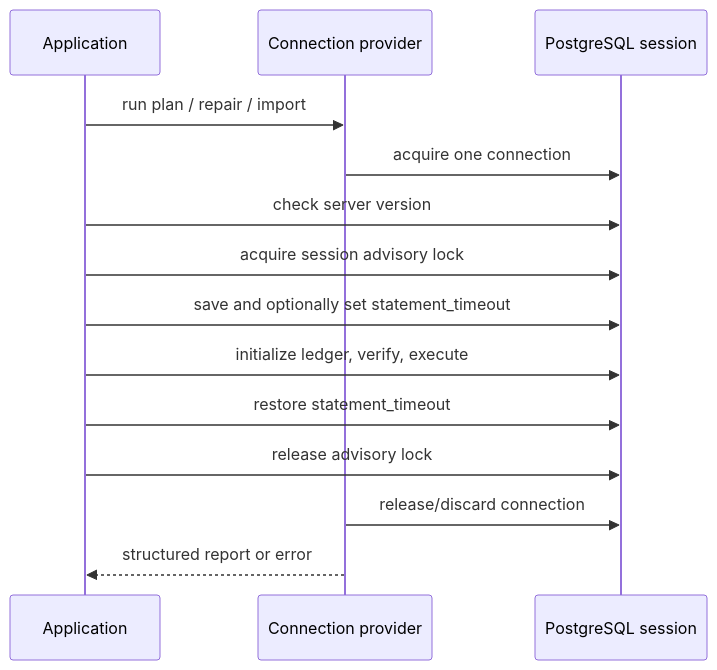
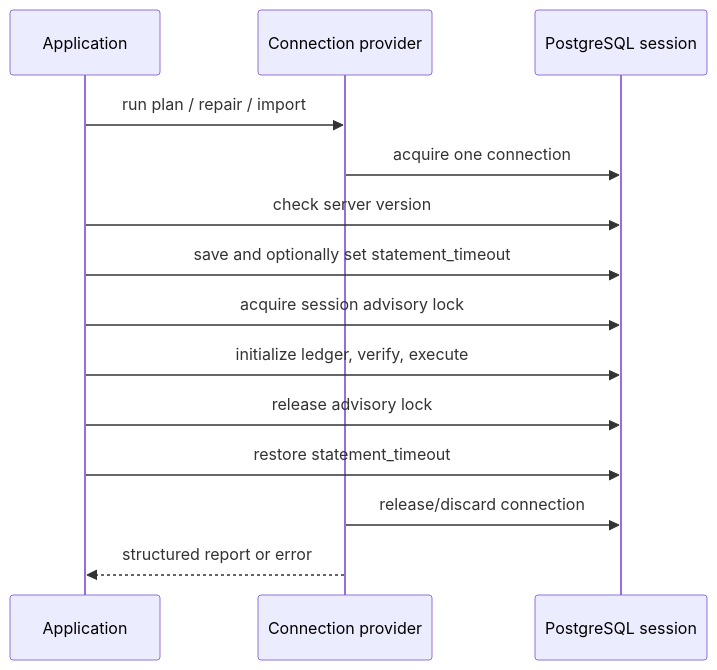
One commit to shinzui/keiro-runtime-docs changed the diagram in content/docs/pg-migrate/explanation/the-locked-dedicated-connection.mdx. Above: the diagram before and after it, drawn with Mermaid. The commit also changed other lines of this file and 516 other files, not shown here.

First line of the commit message:
docs: add diagrams across the documentation set

````diff
--- a/content/docs/pg-migrate/explanation/the-locked-dedicated-connection.mdx
+++ b/content/docs/pg-migrate/explanation/the-locked-dedicated-connection.mdx
@@ -10,16 +10,16 @@
 ```mermaid
 sequenceDiagram
   participant App as Application
   participant Provider as Connection provider
   participant PG as PostgreSQL session
   App->>Provider: run plan / repair / import
   Provider->>PG: acquire one connection
   App->>PG: check server version
+  App->>PG: save and optionally set statement_timeout
   App->>PG: acquire session advisory lock
-  App->>PG: save and optionally set statement_timeout
   App->>PG: initialize ledger, verify, execute
+  App->>PG: release advisory lock
   App->>PG: restore statement_timeout
-  App->>PG: release advisory lock
   Provider->>PG: release/discard connection
   Provider-->>App: structured report or error
 ```
````
